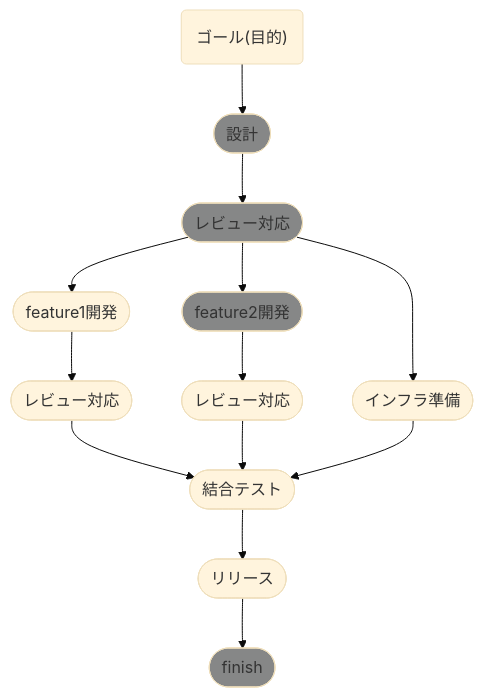
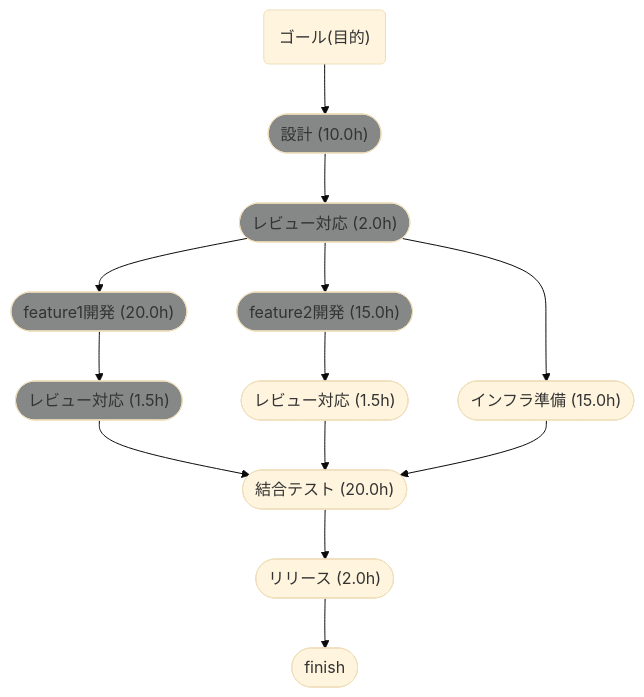
Before and after one commit to ddddddO/gdag: the diagram in README.md, drawn with Mermaid (base theme). The commit also changed other lines of this file and 6 other files, not shown here.

````diff
--- a/README.md
+++ b/README.md
@@ -193,28 +290,28 @@
 ```mermaid
 graph TD
 classDef doneColor fill:#868787
 1("ゴール(目的)")
-2(["設計"]):::doneColor
-3(["レビュー対応"]):::doneColor
-4(["feature1開発"])
-5(["レビュー対応"])
-9(["結合テスト"])
-10(["リリース"])
-11(["finish"]):::doneColor
-6(["feature2開発"]):::doneColor
-7(["レビュー対応"])
-8(["インフラ準備"])
+2(["設計 (10.0h)"]):::doneColor
+3(["レビュー対応 (2.0h)"]):::doneColor
+4(["feature1開発 (20.0h)"]):::doneColor
+5(["レビュー対応 (1.5h)"]):::doneColor
+9(["結合テスト (20.0h)"])
+10(["リリース (2.0h)"])
+11(["finish"])
+6(["feature2開発 (15.0h)"]):::doneColor
+7(["レビュー対応 (1.5h)"])
+8(["インフラ準備 (15.0h)"])
 
 1 --> 2
 2 --> 3
 3 --> 4
 4 --> 5
 5 --> 9
 9 --> 10
 10 --> 11
 3 --> 6
 6 --> 7
 7 --> 9
 3 --> 8
 8 --> 9
 ```
````
